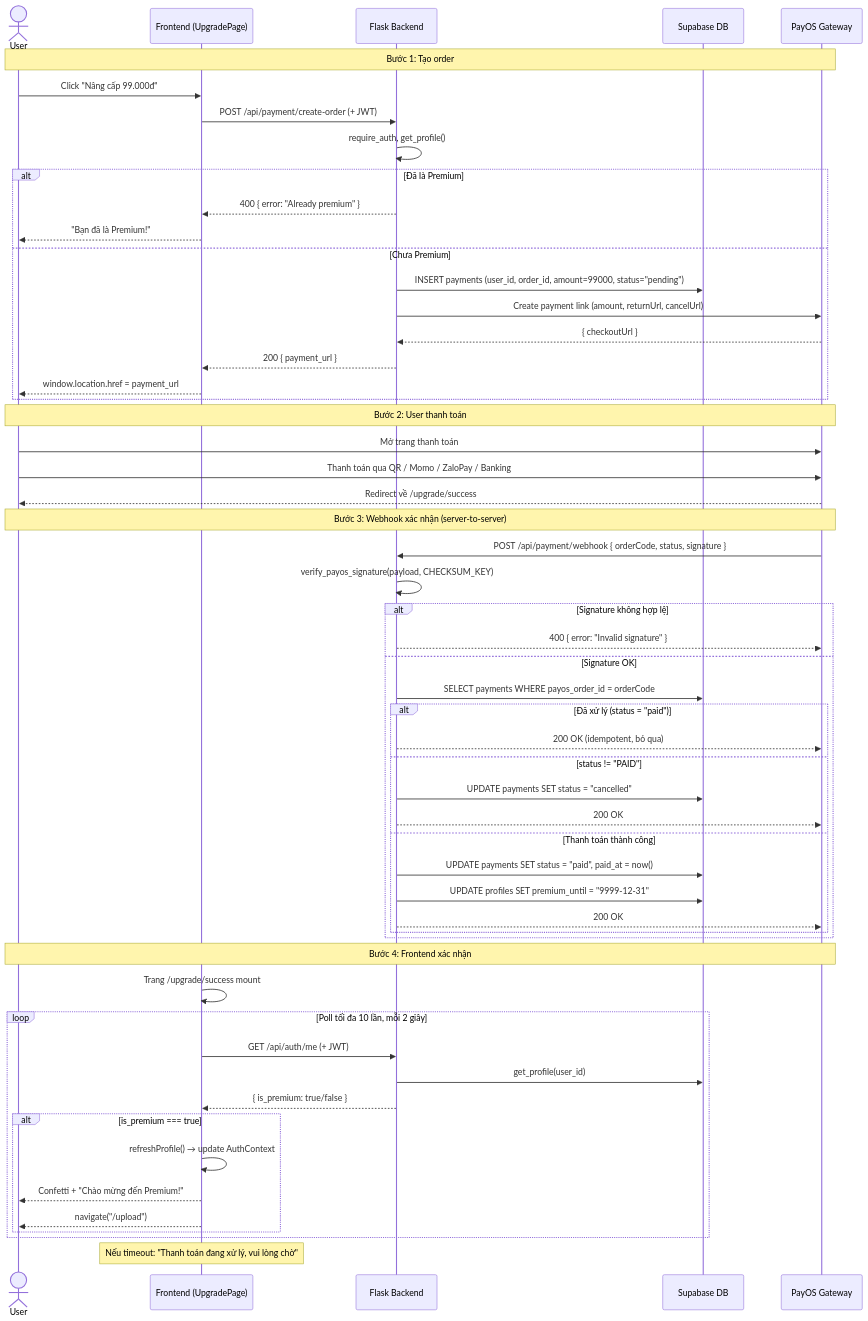
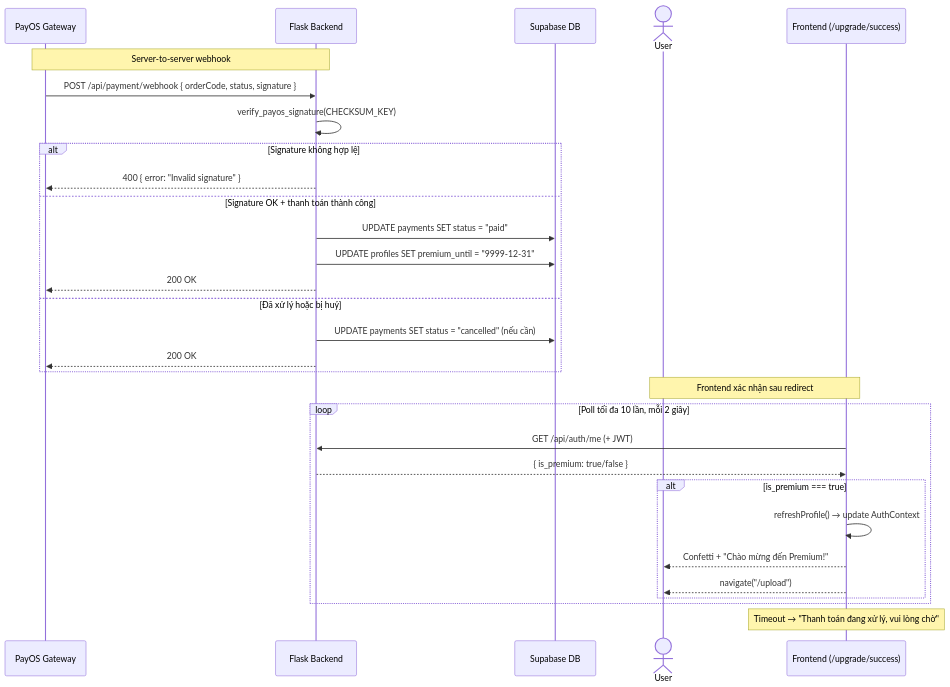
Before and after one commit to SonDinh1129/subtitle-project: diagram 17 of 22 in docs/system-flows.md, drawn with Mermaid. The commit also changed other lines of this file and 1 other file, not shown here.

````diff
--- a/docs/system-flows.md
+++ b/docs/system-flows.md
@@ -511,61 +516,34 @@
 ```mermaid
 sequenceDiagram
-    actor User
-    participant FE as Frontend (UpgradePage)
+    participant PayOS as PayOS Gateway
     participant Flask as Flask Backend
     participant DB as Supabase DB
-    participant PayOS as PayOS Gateway
+    actor User
+    participant FE as Frontend (/upgrade/success)
 
-    Note over User,PayOS: Bước 1: Tạo order
-    User->>FE: Click "Nâng cấp 99.000đ"
-    FE->>Flask: POST /api/payment/create-order (+ JWT)
-    Flask->>Flask: require_auth, get_profile()
-    alt Đã là Premium
-        Flask-->>FE: 400 { error: "Already premium" }
-        FE-->>User: "Bạn đã là Premium!"
-    else Chưa Premium
-        Flask->>DB: INSERT payments (user_id, order_id, amount=99000, status="pending")
-        Flask->>PayOS: Create payment link (amount, returnUrl, cancelUrl)
-        PayOS-->>Flask: { checkoutUrl }
-        Flask-->>FE: 200 { payment_url }
-        FE-->>User: window.location.href = payment_url
+    Note over PayOS,Flask: Server-to-server webhook
+    PayOS->>Flask: POST /api/payment/webhook { orderCode, status, signature }
+    Flask->>Flask: verify_payos_signature(CHECKSUM_KEY)
+    alt Signature không hợp lệ
+        Flask-->>PayOS: 400 { error: "Invalid signature" }
+    else Signature OK + thanh toán thành công
+        Flask->>DB: UPDATE payments SET status = "paid"
+        Flask->>DB: UPDATE profiles SET premium_until = "9999-12-31"
+        Flask-->>PayOS: 200 OK
+    else Đã xử lý hoặc bị huỷ
+        Flask->>DB: UPDATE payments SET status = "cancelled" (nếu cần)
+        Flask-->>PayOS: 200 OK
     end
 
-    Note over User,PayOS: Bước 2: User thanh toán
-    User->>PayOS: Mở trang thanh toán
-    User->>PayOS: Thanh toán qua QR / Momo / ZaloPay / Banking
-    PayOS-->>User: Redirect về /upgrade/success
-
-    Note over User,PayOS: Bước 3: Webhook xác nhận (server-to-server)
-    PayOS->>Flask: POST /api/payment/webhook { orderCode, status, signature }
-    Flask->>Flask: verify_payos_signature(payload, CHECKSUM_KEY)
-    alt Signature không hợp lệ
-        Flask-->>PayOS: 400 { error: "Invalid signature" }
-    else Signature OK
-        Flask->>DB: SELECT payments WHERE payos_order_id = orderCode
-        alt Đã xử lý (status = "paid")
-            Flask-->>PayOS: 200 OK (idempotent, bỏ qua)
-        else status != "PAID"
-            Flask->>DB: UPDATE payments SET status = "cancelled"
-            Flask-->>PayOS: 200 OK
-        else Thanh toán thành công
-            Flask->>DB: UPDATE payments SET status = "paid", paid_at = now()
-            Flask->>DB: UPDATE profiles SET premium_until = "9999-12-31"
-            Flask-->>PayOS: 200 OK
-        end
-    end
-
-    Note over User,PayOS: Bước 4: Frontend xác nhận
-    FE->>FE: Trang /upgrade/success mount
+    Note over User,FE: Frontend xác nhận sau redirect
     loop Poll tối đa 10 lần, mỗi 2 giây
         FE->>Flask: GET /api/auth/me (+ JWT)
-        Flask->>DB: get_profile(user_id)
         Flask-->>FE: { is_premium: true/false }
         alt is_premium === true
             FE->>FE: refreshProfile() → update AuthContext
             FE-->>User: Confetti + "Chào mừng đến Premium!"
             FE-->>User: navigate("/upload")
         end
     end
-    Note over FE: Nếu timeout: "Thanh toán đang xử lý, vui lòng chờ"
+    Note over FE: Timeout → "Thanh toán đang xử lý, vui lòng chờ"
 ```
````
